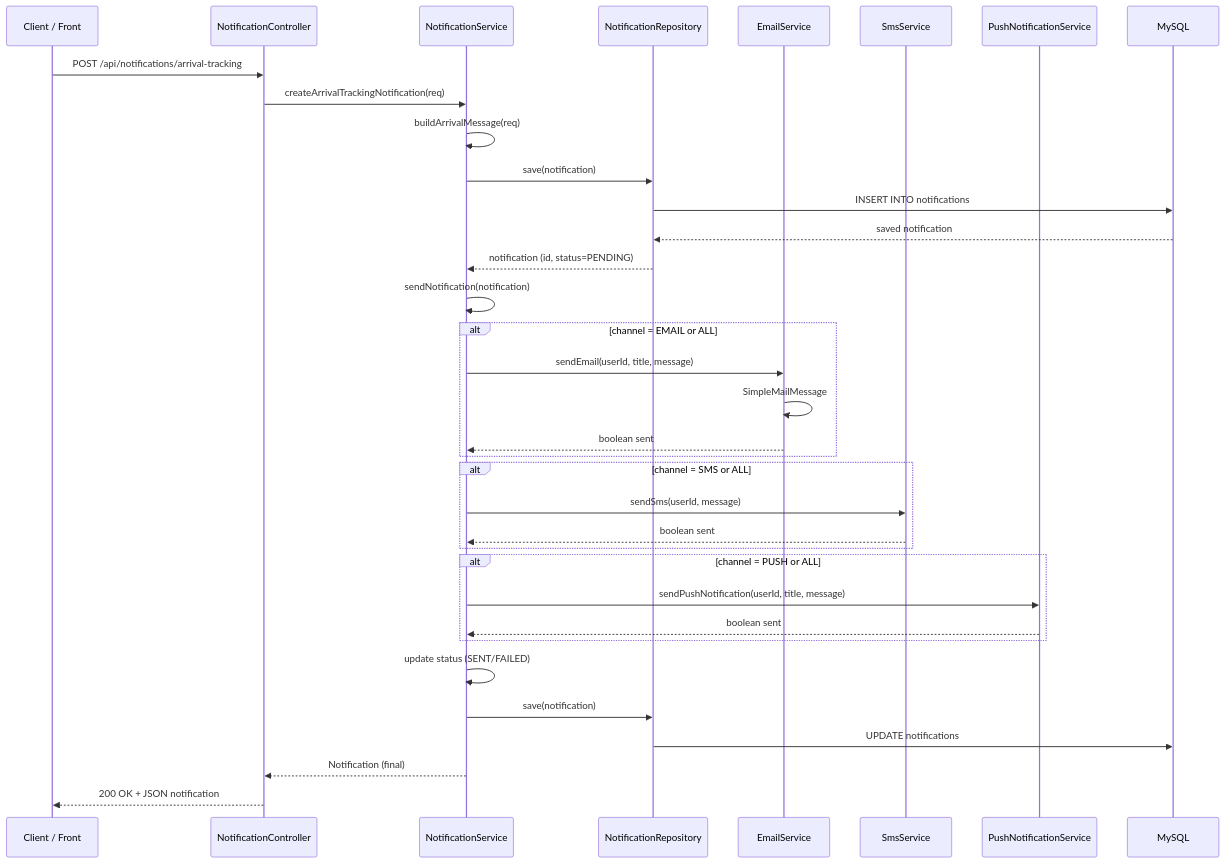
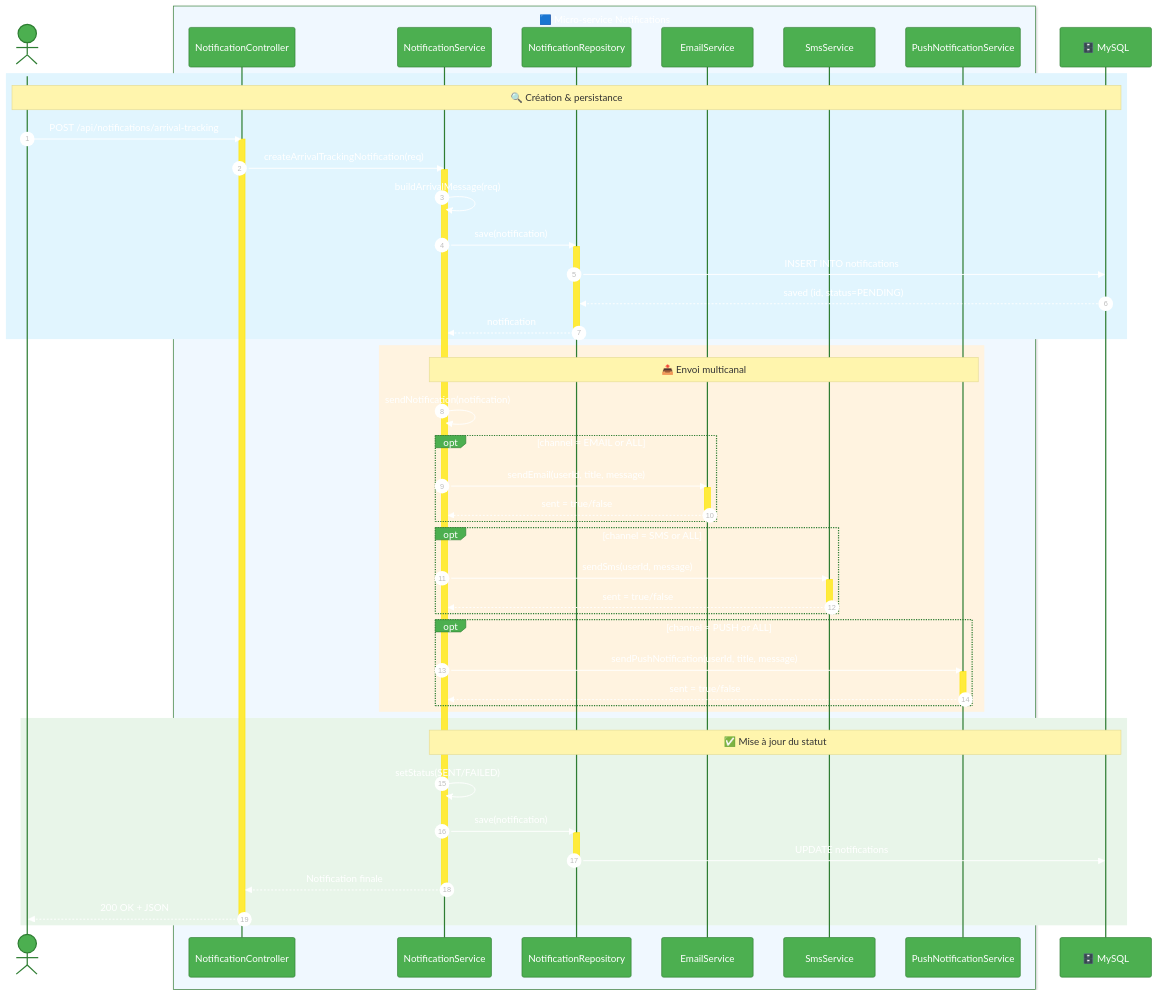
One commit to Safae26/suivi-d-arriv-e changed the first of 2 diagrams in README.md. Above: the diagram before and after it, drawn with Mermaid.

````diff
--- a/README.md
+++ b/README.md
@@ -196,42 +196,67 @@
 ```mermaid
+%%{init: {'theme':'base', 'themeVariables': {'primaryColor':'#4CAF50','primaryTextColor':'#fff','primaryBorderColor':'#2E7D32','lineColor':'#424242','secondaryColor':'#FFEB3B','tertiaryColor':'#E3F2FD','background':'#FFFFFF','fontSize':'16px'}}}%%
+
 sequenceDiagram
-    participant C as Client / Front
-    participant API as NotificationController
-    participant S as NotificationService
-    participant R as NotificationRepository
-    participant M as EmailService
-    participant SMS as SmsService
-    participant PNS as PushNotificationService
-    participant DB as MySQL
+    autonumber
+    actor Client
+    box rgb(240, 248, 255) 🟦 Micro-service Notifications
+        participant API as NotificationController
+        participant S as NotificationService
+        participant R as NotificationRepository
+        participant M as EmailService
+        participant SMS as SmsService
+        participant PNS as PushNotificationService
+    end
+    participant DB as 🗄️ MySQL
 
-    C->>API: POST /api/notifications/arrival-tracking
-    API->>S: createArrivalTrackingNotification(req)
-    S->>S: buildArrivalMessage(req)
-    S->>R: save(notification)
-    R->>DB: INSERT INTO notifications
-    DB-->>R: saved notification
-    R-->>S: notification (id, status=PENDING)
-    S->>S: sendNotification(notification)
-
-    alt channel = EMAIL or ALL
-        S->>M: sendEmail(userId, title, message)
-        M->>M: SimpleMailMessage
-        M-->>S: boolean sent
+    rect rgb(225, 245, 254)
+        note over Client,DB: 🔍 Création & persistance
+        Client->>API: POST /api/notifications/arrival-tracking
+        activate API
+        API->>S: createArrivalTrackingNotification(req)
+        activate S
+        S->>S: buildArrivalMessage(req)
+        S->>R: save(notification)
+        activate R
+        R->>DB: INSERT INTO notifications
+        DB-->>R: saved (id, status=PENDING)
+        R-->>S: notification
+        deactivate R
     end
 
-    alt channel = SMS or ALL
-        S->>SMS: sendSms(userId, message)
-        SMS-->>S: boolean sent
+    rect rgb(255, 243, 224)
+        note over S,PNS: 📤 Envoi multicanal
+        S->>S: sendNotification(notification)
+        opt channel = EMAIL or ALL
+            S->>M: sendEmail(userId, title, message)
+            activate M
+            M-->>S: sent = true/false
+            deactivate M
+        end
+        opt channel = SMS or ALL
+            S->>SMS: sendSms(userId, message)
+            activate SMS
+            SMS-->>S: sent = true/false
+            deactivate SMS
+        end
+        opt channel = PUSH or ALL
+            S->>PNS: sendPushNotification(userId, title, message)
+            activate PNS
+            PNS-->>S: sent = true/false
+            deactivate PNS
+        end
     end
 
-    alt channel = PUSH or ALL
-        S->>PNS: sendPushNotification(userId, title, message)
-        PNS-->>S: boolean sent
+    rect rgb(232, 245, 233)
+        note over S,DB: ✅ Mise à jour du statut
+        S->>S: setStatus(SENT/FAILED)
+        S->>R: save(notification)
+        activate R
+        R->>DB: UPDATE notifications
+        deactivate R
+        S-->>API: Notification finale
+        deactivate S
+        API-->>Client: 200 OK + JSON
+        deactivate API
     end
-
-    S->>S: update status (SENT/FAILED)
-    S->>R: save(notification)
-    R->>DB: UPDATE notifications
-    S-->>API: Notification (final)
-    API-->>C: 200 OK + JSON notification
 ```
````
